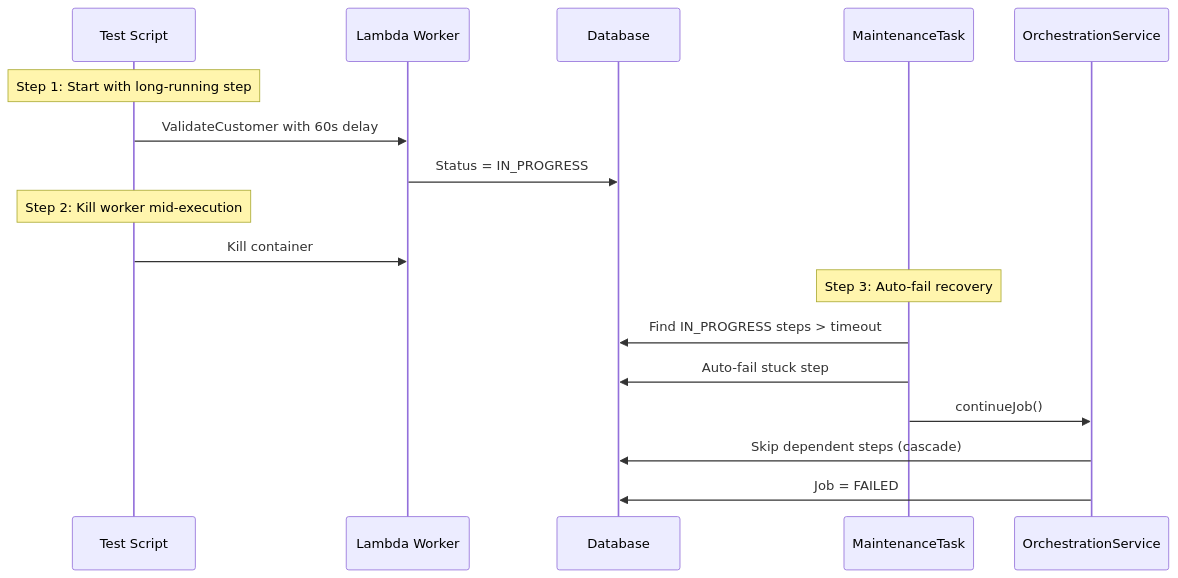
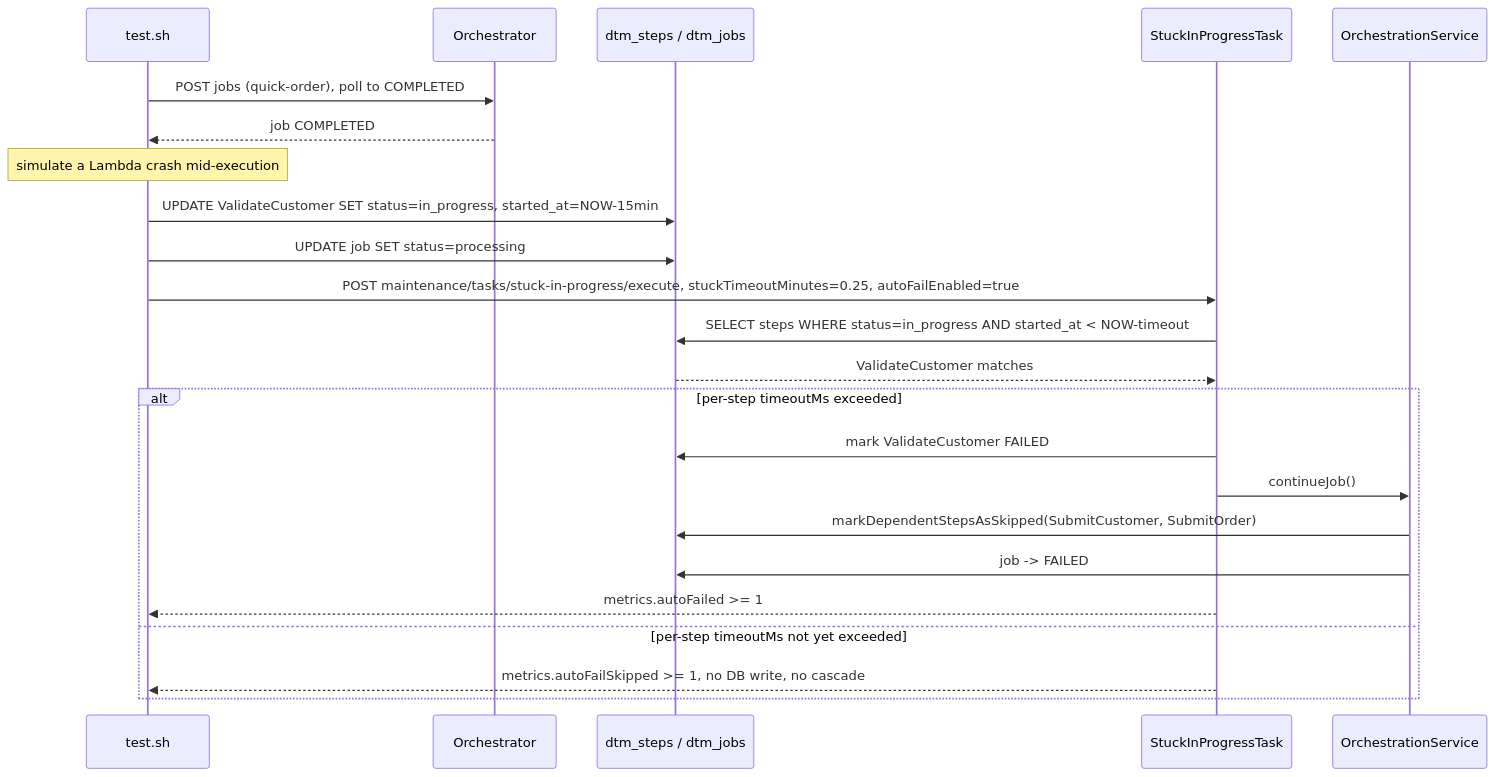
Before and after one commit to inctasoft/setpoint-evals-dtm-examples: the diagram in setpoint-evals/SE-13-in-progress-auto-timeout/README.md, drawn with Mermaid. The commit also changed other lines of this file and 12 other files, not shown here.

````diff
--- a/setpoint-evals/SE-13-in-progress-auto-timeout/README.md
+++ b/setpoint-evals/SE-13-in-progress-auto-timeout/README.md
@@ -13,22 +26,29 @@
 ```mermaid
 sequenceDiagram
-    participant TEST as Test Script
-    participant LAMBDA as Lambda Worker
-    participant DB as Database
-    participant TASK as MaintenanceTask
-    participant ORCH as OrchestrationService
+    participant T as test.sh
+    participant O as Orchestrator
+    participant DB as dtm_steps / dtm_jobs
+    participant Task as StuckInProgressTask
+    participant Orch as OrchestrationService
 
-    Note over TEST: Step 1: Start with long-running step
-    TEST->>LAMBDA: ValidateCustomer with 60s delay
-    LAMBDA->>DB: Status = IN_PROGRESS
+    T->>O: POST jobs (quick-order), poll to COMPLETED
+    O-->>T: job COMPLETED
 
-    Note over TEST: Step 2: Kill worker mid-execution
-    TEST->>LAMBDA: Kill container
+    Note over T: simulate a Lambda crash mid-execution
+    T->>DB: UPDATE ValidateCustomer SET status=in_progress, started_at=NOW-15min
+    T->>DB: UPDATE job SET status=processing
 
-    Note over TASK: Step 3: Auto-fail recovery
-    TASK->>DB: Find IN_PROGRESS steps > timeout
-    TASK->>DB: Auto-fail stuck step
-    TASK->>ORCH: continueJob()
-    ORCH->>DB: Skip dependent steps (cascade)
-    ORCH->>DB: Job = FAILED
+    T->>Task: POST maintenance/tasks/stuck-in-progress/execute, stuckTimeoutMinutes=0.25, autoFailEnabled=true
+    Task->>DB: SELECT steps WHERE status=in_progress AND started_at < NOW-timeout
+    DB-->>Task: ValidateCustomer matches
+
+    alt per-step timeoutMs exceeded
+      Task->>DB: mark ValidateCustomer FAILED
+      Task->>Orch: continueJob()
+      Orch->>DB: markDependentStepsAsSkipped(SubmitCustomer, SubmitOrder)
+      Orch->>DB: job -> FAILED
+      Task-->>T: metrics.autoFailed >= 1
+    else per-step timeoutMs not yet exceeded
+      Task-->>T: metrics.autoFailSkipped >= 1, no DB write, no cascade
+    end
 ```
````
